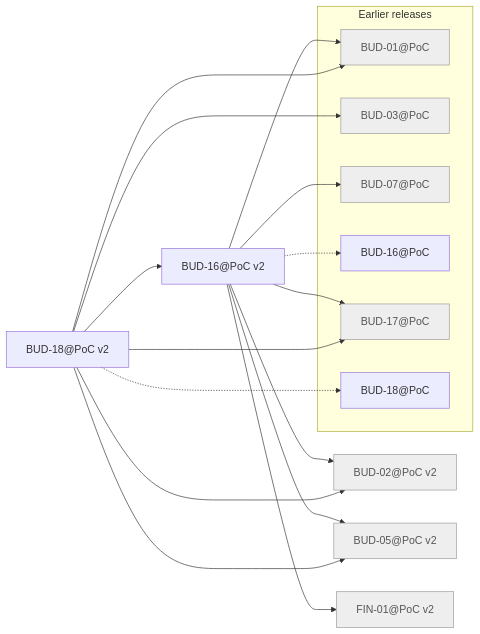
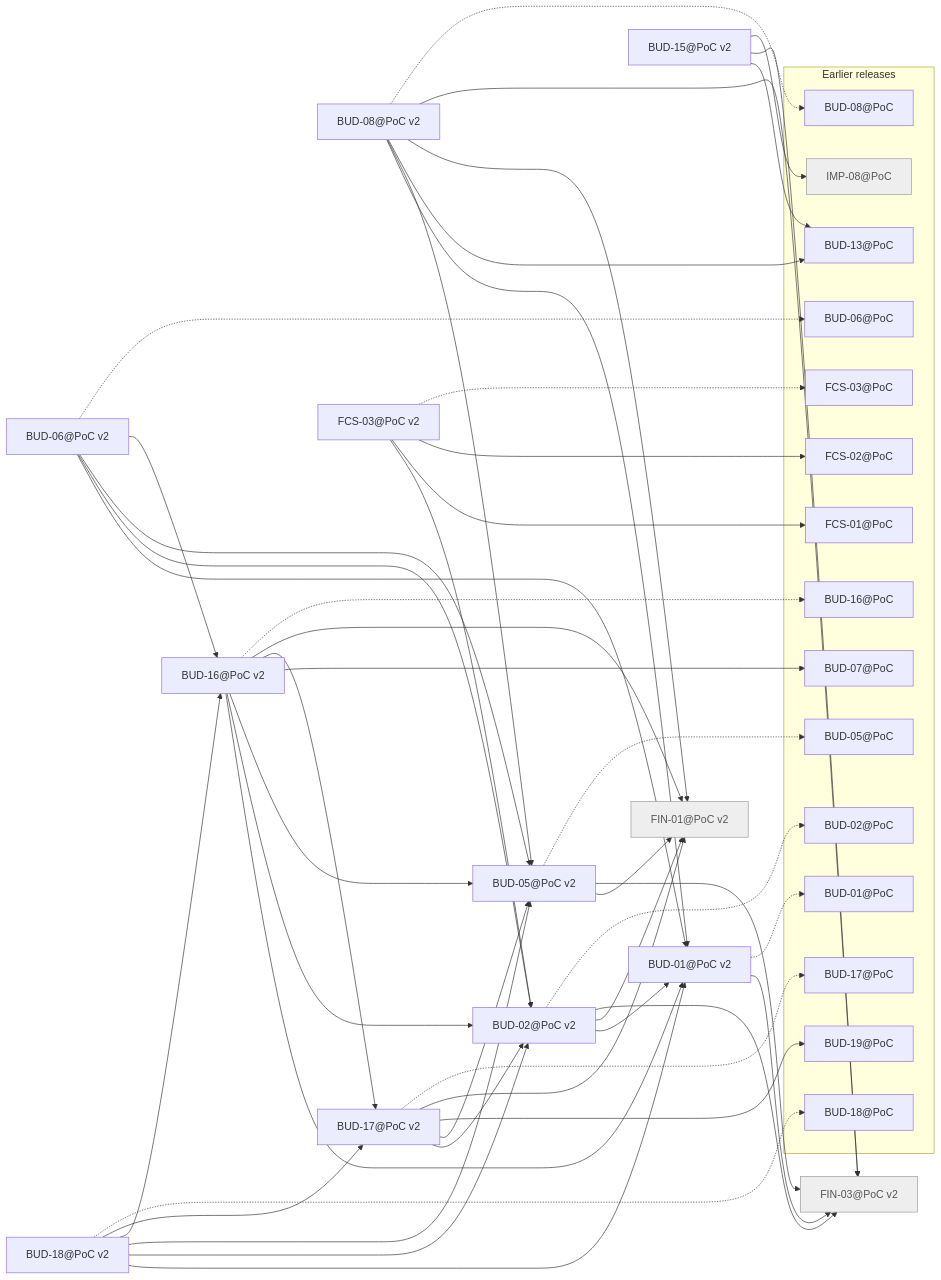
The diagram in docs/traceability/release-poc-v2.md (minakovval/Willowsum), drawn with Mermaid before and after one commit. The commit also changed other lines of this file and 102 other files, not shown here.

First line of the commit message:
BUD-01: migrate BUD and FCS to release slices (#35)

````diff
--- a/docs/traceability/release-poc-v2.md
+++ b/docs/traceability/release-poc-v2.md
@@ -18,32 +26,79 @@
 ```mermaid
 flowchart LR
+  BUD_01_PoC_v2["BUD-01@PoC v2"]
   BUD_02_PoC_v2["BUD-02@PoC v2"]
   BUD_05_PoC_v2["BUD-05@PoC v2"]
+  BUD_06_PoC_v2["BUD-06@PoC v2"]
+  BUD_08_PoC_v2["BUD-08@PoC v2"]
+  BUD_15_PoC_v2["BUD-15@PoC v2"]
   BUD_16_PoC_v2["BUD-16@PoC v2"]
+  BUD_17_PoC_v2["BUD-17@PoC v2"]
   BUD_18_PoC_v2["BUD-18@PoC v2"]
+  FCS_03_PoC_v2["FCS-03@PoC v2"]
   FIN_01_PoC_v2["FIN-01@PoC v2"]
+  FIN_03_PoC_v2["FIN-03@PoC v2"]
   subgraph earlier["Earlier releases"]
     BUD_01_PoC["BUD-01@PoC"]
-    BUD_03_PoC["BUD-03@PoC"]
+    BUD_02_PoC["BUD-02@PoC"]
+    BUD_05_PoC["BUD-05@PoC"]
+    BUD_06_PoC["BUD-06@PoC"]
     BUD_07_PoC["BUD-07@PoC"]
+    BUD_08_PoC["BUD-08@PoC"]
+    BUD_13_PoC["BUD-13@PoC"]
     BUD_16_PoC["BUD-16@PoC"]
     BUD_17_PoC["BUD-17@PoC"]
     BUD_18_PoC["BUD-18@PoC"]
+    BUD_19_PoC["BUD-19@PoC"]
+    FCS_01_PoC["FCS-01@PoC"]
+    FCS_02_PoC["FCS-02@PoC"]
+    FCS_03_PoC["FCS-03@PoC"]
+    IMP_08_PoC["IMP-08@PoC"]
   end
-  BUD_16_PoC_v2 --> BUD_01_PoC
+  BUD_01_PoC_v2 --> FIN_03_PoC_v2
+  BUD_01_PoC_v2 -.-> BUD_01_PoC
+  BUD_02_PoC_v2 --> BUD_01_PoC_v2
+  BUD_02_PoC_v2 --> FIN_01_PoC_v2
+  BUD_02_PoC_v2 --> FIN_03_PoC_v2
+  BUD_02_PoC_v2 -.-> BUD_02_PoC
+  BUD_05_PoC_v2 --> FIN_01_PoC_v2
+  BUD_05_PoC_v2 --> FIN_03_PoC_v2
+  BUD_05_PoC_v2 -.-> BUD_05_PoC
+  BUD_06_PoC_v2 --> BUD_01_PoC_v2
+  BUD_06_PoC_v2 --> BUD_02_PoC_v2
+  BUD_06_PoC_v2 --> BUD_05_PoC_v2
+  BUD_06_PoC_v2 --> BUD_16_PoC_v2
+  BUD_06_PoC_v2 -.-> BUD_06_PoC
+  BUD_08_PoC_v2 --> BUD_01_PoC_v2
+  BUD_08_PoC_v2 --> BUD_05_PoC_v2
+  BUD_08_PoC_v2 --> BUD_13_PoC
+  BUD_08_PoC_v2 --> FIN_01_PoC_v2
+  BUD_08_PoC_v2 --> FIN_03_PoC_v2
+  BUD_08_PoC_v2 -.-> BUD_08_PoC
+  BUD_15_PoC_v2 --> BUD_13_PoC
+  BUD_15_PoC_v2 --> FIN_03_PoC_v2
+  BUD_15_PoC_v2 --> IMP_08_PoC
+  BUD_16_PoC_v2 --> BUD_01_PoC_v2
   BUD_16_PoC_v2 --> BUD_02_PoC_v2
   BUD_16_PoC_v2 --> BUD_05_PoC_v2
   BUD_16_PoC_v2 --> BUD_07_PoC
-  BUD_16_PoC_v2 --> BUD_17_PoC
+  BUD_16_PoC_v2 --> BUD_17_PoC_v2
   BUD_16_PoC_v2 --> FIN_01_PoC_v2
   BUD_16_PoC_v2 -.-> BUD_16_PoC
-  BUD_18_PoC_v2 --> BUD_01_PoC
+  BUD_17_PoC_v2 --> BUD_02_PoC_v2
+  BUD_17_PoC_v2 --> BUD_05_PoC_v2
+  BUD_17_PoC_v2 --> BUD_19_PoC
+  BUD_17_PoC_v2 --> FIN_01_PoC_v2
+  BUD_17_PoC_v2 -.-> BUD_17_PoC
+  BUD_18_PoC_v2 --> BUD_01_PoC_v2
   BUD_18_PoC_v2 --> BUD_02_PoC_v2
-  BUD_18_PoC_v2 --> BUD_03_PoC
   BUD_18_PoC_v2 --> BUD_05_PoC_v2
   BUD_18_PoC_v2 --> BUD_16_PoC_v2
-  BUD_18_PoC_v2 --> BUD_17_PoC
+  BUD_18_PoC_v2 --> BUD_17_PoC_v2
   BUD_18_PoC_v2 -.-> BUD_18_PoC
+  FCS_03_PoC_v2 --> BUD_02_PoC_v2
+  FCS_03_PoC_v2 --> FCS_01_PoC
+  FCS_03_PoC_v2 --> FCS_02_PoC
+  FCS_03_PoC_v2 -.-> FCS_03_PoC
   classDef notMigrated fill:#eee,stroke:#999,color:#555
-  class BUD_01_PoC,BUD_02_PoC_v2,BUD_03_PoC,BUD_05_PoC_v2,BUD_07_PoC,BUD_17_PoC,FIN_01_PoC_v2 notMigrated
+  class FIN_01_PoC_v2,FIN_03_PoC_v2,IMP_08_PoC notMigrated
 ```
````
